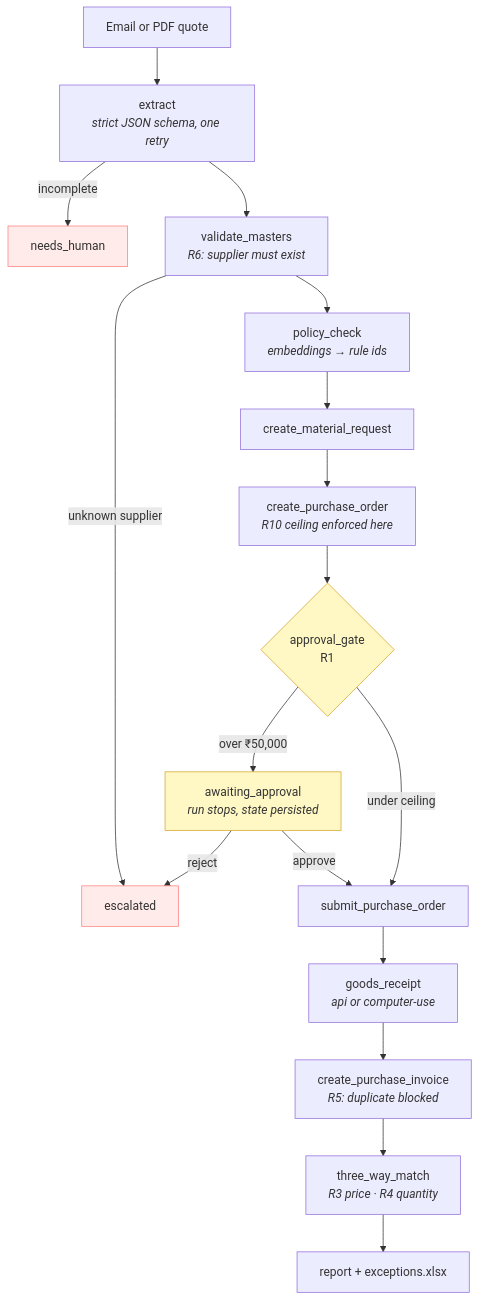
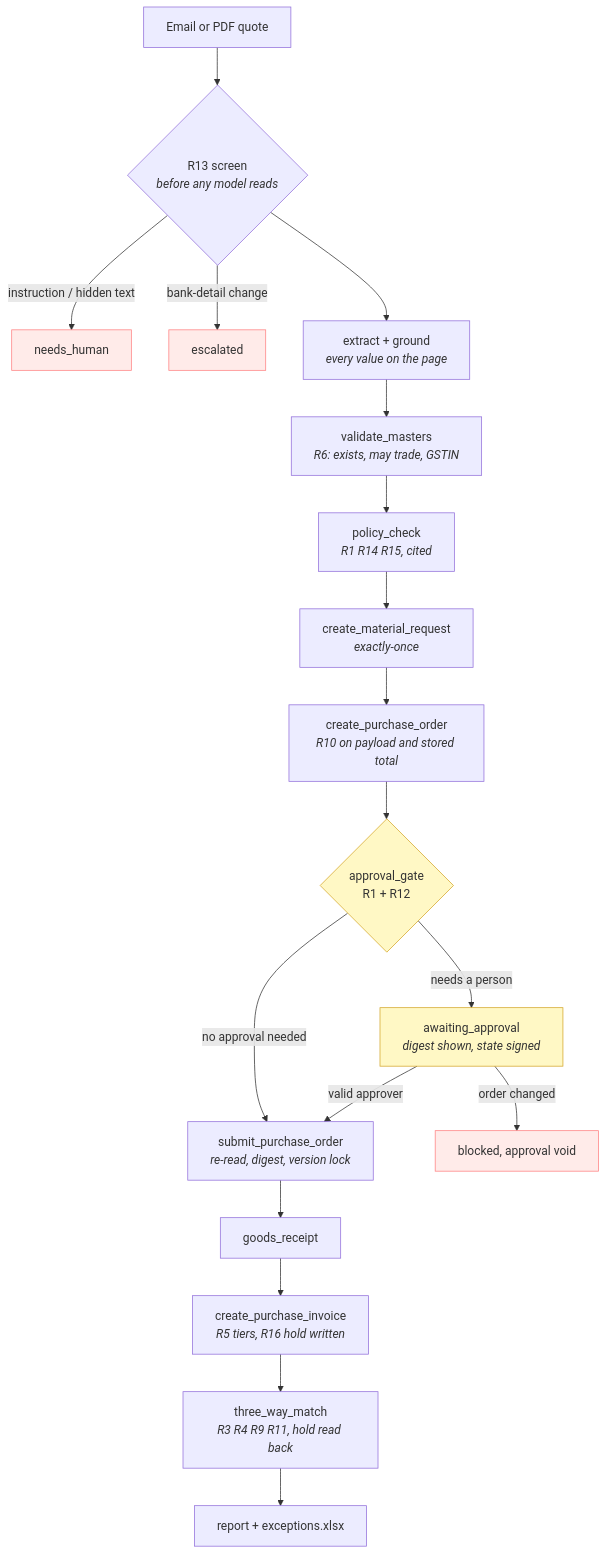
The diagram in README.md (Mr-Bathwal/ERP), drawn with Mermaid before and after one commit. The commit also changed other lines of this file and 1 other file, not shown here.

First line of the commit message:
README and HANDOFF for v3: verification at every boundary, from real numbers

````diff
--- a/README.md
+++ b/README.md
@@ -53,24 +151,26 @@
 ```mermaid
 flowchart TD
-    A[Email or PDF quote] --> B[extract<br/><i>strict JSON schema, one retry</i>]
-    B -->|incomplete| H[needs_human]
-    B --> C[validate_masters<br/><i>R6: supplier must exist</i>]
-    C -->|unknown supplier| E[escalated]
-    C --> D[policy_check<br/><i>embeddings → rule ids</i>]
-    D --> F[create_material_request]
-    F --> G[create_purchase_order<br/><i>R10 ceiling enforced here</i>]
-    G --> GATE{approval_gate<br/>R1}
-    GATE -->|over ₹50,000| W[awaiting_approval<br/><i>run stops, state persisted</i>]
-    W -->|approve| S[submit_purchase_order]
-    W -->|reject| E
-    GATE -->|under ceiling| S
-    S --> R[goods_receipt<br/><i>api or computer-use</i>]
-    R --> I[create_purchase_invoice<br/><i>R5: duplicate blocked</i>]
-    I --> M[three_way_match<br/><i>R3 price · R4 quantity</i>]
+    A[Email or PDF quote] --> S{R13 screen<br/><i>before any model reads</i>}
+    S -->|instruction / hidden text| Q[needs_human]
+    S -->|bank-detail change| E[escalated]
+    S --> B[extract + ground<br/><i>every value on the page</i>]
+    B --> C[validate_masters<br/><i>R6: exists, may trade, GSTIN</i>]
+    C --> D[policy_check<br/><i>R1 R14 R15, cited</i>]
+    D --> F[create_material_request<br/><i>exactly-once</i>]
+    F --> G[create_purchase_order<br/><i>R10 on payload and stored total</i>]
+    G --> GATE{approval_gate<br/>R1 + R12}
+    GATE -->|needs a person| W[awaiting_approval<br/><i>digest shown, state signed</i>]
+    W -->|valid approver| S2[submit_purchase_order<br/><i>re-read, digest, version lock</i>]
+    W -->|order changed| X[blocked, approval void]
+    GATE -->|no approval needed| S2
+    S2 --> R[goods_receipt]
+    R --> I[create_purchase_invoice<br/><i>R5 tiers, R16 hold written</i>]
+    I --> M[three_way_match<br/><i>R3 R4 R9 R11, hold read back</i>]
     M --> O[report + exceptions.xlsx]
 
     style GATE fill:#fff8c5,stroke:#d4a72c
     style W fill:#fff8c5,stroke:#d4a72c
-    style H fill:#ffebe9,stroke:#ff8182
+    style Q fill:#ffebe9,stroke:#ff8182
     style E fill:#ffebe9,stroke:#ff8182
+    style X fill:#ffebe9,stroke:#ff8182
 ```
````
